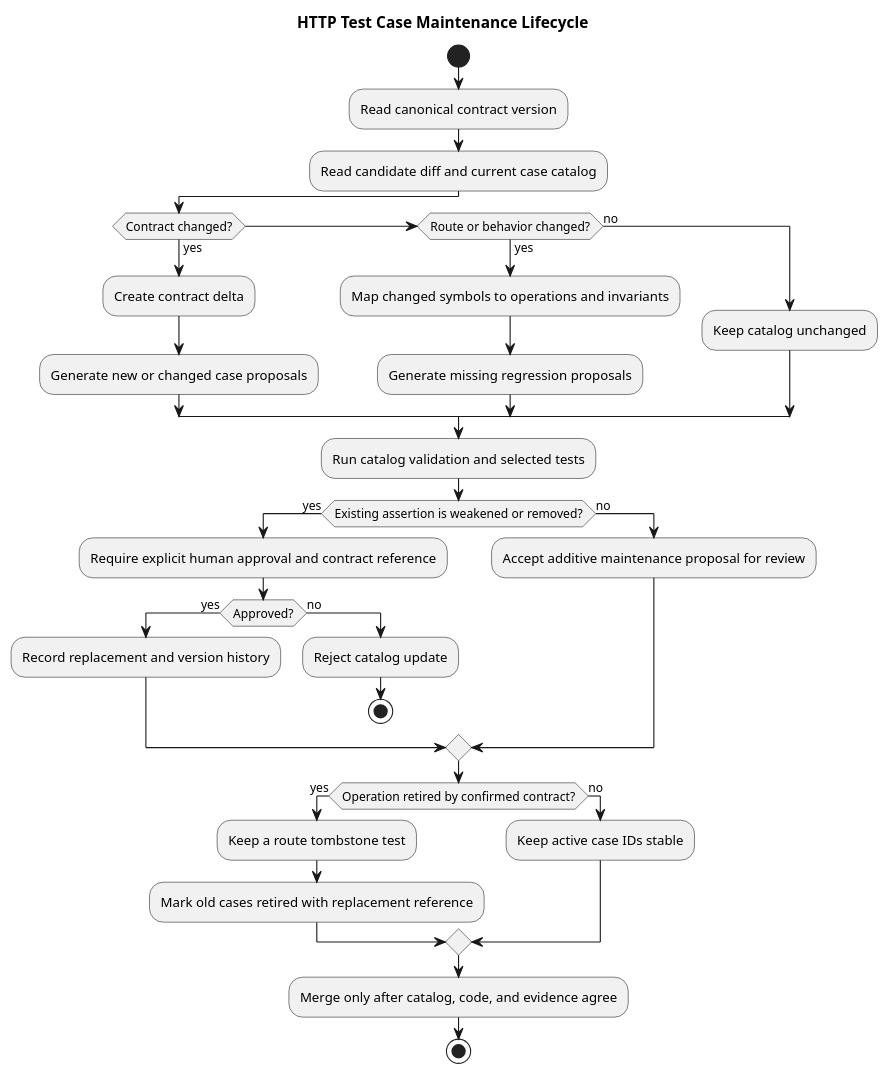
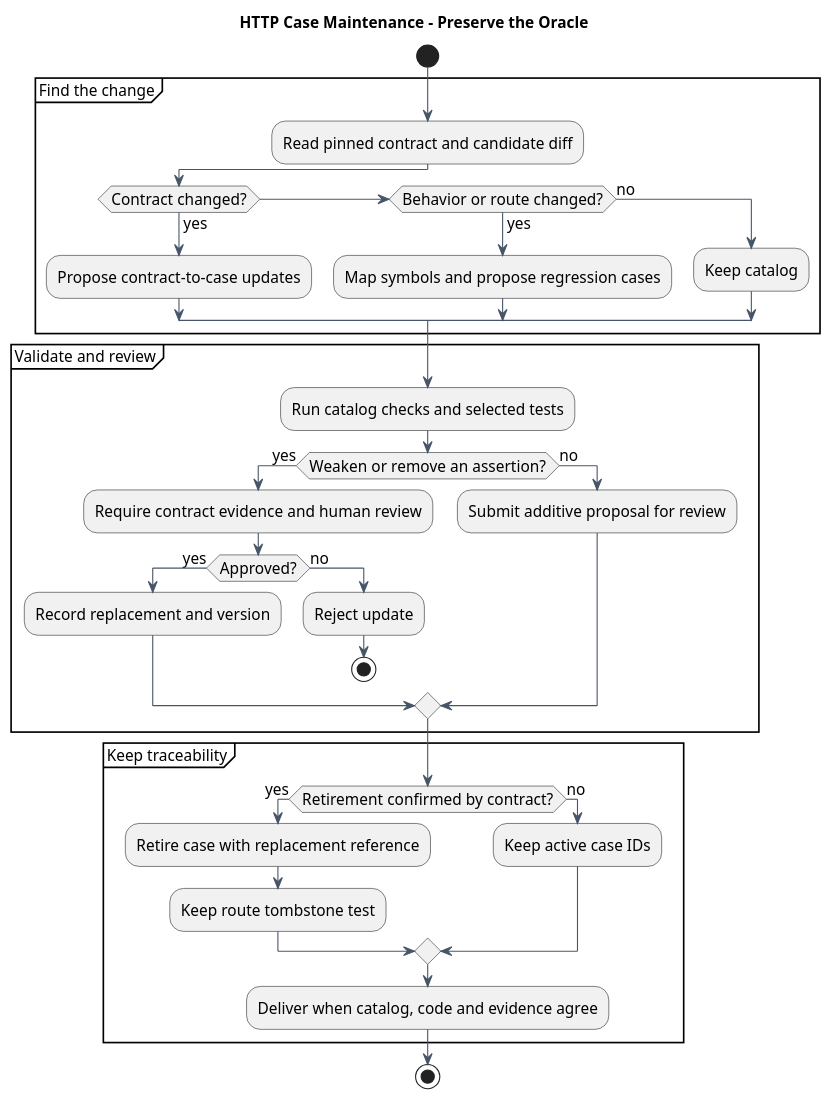
Before and after one commit to ssm0808/pi-mono-java-design: the third of 3 diagrams in 02-服务与接口/04-Runtime-HTTP测试Agent/diagram.puml, drawn with PlantUML. The commit also changed other lines of this file and 212 other files, not shown here.

Commit message:
docs(design): 精简模块文档并重排全仓设计图

```diff
--- a/02-服务与接口/04-Runtime-HTTP测试Agent/diagram.puml
+++ b/02-服务与接口/04-Runtime-HTTP测试Agent/diagram.puml
@@ -160,50 +147,49 @@
 @startuml http_test_case_maintenance
-title HTTP Test Case Maintenance Lifecycle
-
 ' Contract evidence: design repository chat-http-v1-review.html version 1.37.0.
 ' Test evidence: pi-mono-java commit 1f801dbb82bdda30478e3354e685e3153b179a0c runtime API route and process tests.
-' Observed behavior: current tests are code-owned and do not have a separate requirement-to-case inventory.
+' Observed behavior at the recorded baseline: tests are code-owned and do not have a separate requirement-to-case inventory.
 ' Design reason: case changes must be reviewable, traceable, and unable to weaken an accepted contract automatically.
+' Target-only: recommended test-platform assembly; implementation evidence remains scoped to the baseline.
 
-skinparam backgroundColor #FFFFFF
+skinparam backgroundColor white
 skinparam shadowing false
-skinparam DefaultFontName Arial
-
+skinparam defaultFontName Arial
+skinparam defaultFontSize 14
+skinparam ArrowColor #475569
+title HTTP Case Maintenance - Preserve the Oracle
 start
-:Read canonical contract version;
-:Read candidate diff and current case catalog;
-
-if (Contract changed?) then (yes)
-  :Create contract delta;
-  :Generate new or changed case proposals;
-elseif (Route or behavior changed?) then (yes)
-  :Map changed symbols to operations and invariants;
-  :Generate missing regression proposals;
-else (no)
-  :Keep catalog unchanged;
-endif
-
-:Run catalog validation and selected tests;
-
-if (Existing assertion is weakened or removed?) then (yes)
-  :Require explicit human approval and contract reference;
-  if (Approved?) then (yes)
-    :Record replacement and version history;
+partition "Find the change" {
+  :Read pinned contract and candidate diff;
+  if (Contract changed?) then (yes)
+    :Propose contract-to-case updates;
+  elseif (Behavior or route changed?) then (yes)
+    :Map symbols and propose regression cases;
   else (no)
-    :Reject catalog update;
-    stop
+    :Keep catalog;
   endif
-else (no)
-  :Accept additive maintenance proposal for review;
-endif
-
-if (Operation retired by confirmed contract?) then (yes)
-  :Keep a route tombstone test;
-  :Mark old cases retired with replacement reference;
-else (no)
-  :Keep active case IDs stable;
-endif
-
-:Merge only after catalog, code, and evidence agree;
+}
+partition "Validate and review" {
+  :Run catalog checks and selected tests;
+  if (Weaken or remove an assertion?) then (yes)
+    :Require contract evidence and human review;
+    if (Approved?) then (yes)
+      :Record replacement and version;
+    else (no)
+      :Reject update;
+      stop
+    endif
+  else (no)
+    :Submit additive proposal for review;
+  endif
+}
+partition "Keep traceability" {
+  if (Retirement confirmed by contract?) then (yes)
+    :Retire case with replacement reference;
+    :Keep route tombstone test;
+  else (no)
+    :Keep active case IDs;
+  endif
+  :Deliver when catalog, code and evidence agree;
+}
 stop
 @enduml
```
